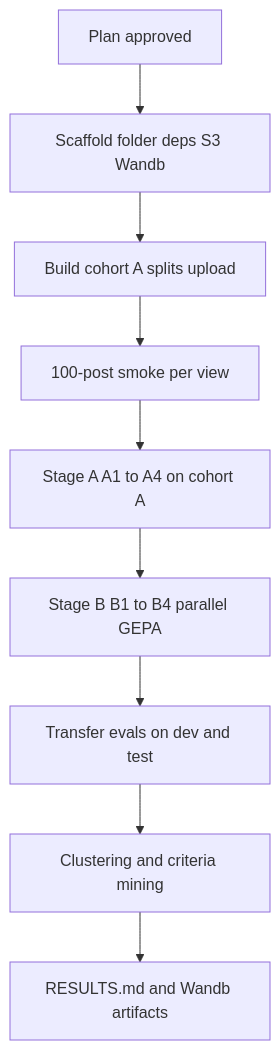
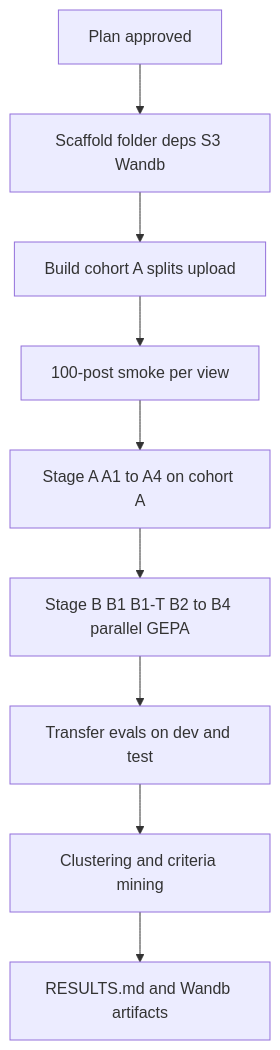
One commit to METResearchGroup/mirrorView-task changed the diagram in docs/plans/2026-09-24_predict_keep_remove_jev_gepa_8dc681/plan.md. Above: the diagram before and after it, drawn with Mermaid. The commit also changed other lines of this file and 10 other files, not shown here.

````diff
--- a/docs/plans/2026-09-24_predict_keep_remove_jev_gepa_8dc681/plan.md
+++ b/docs/plans/2026-09-24_predict_keep_remove_jev_gepa_8dc681/plan.md
@@ -60,20 +61,20 @@
 ```mermaid
 flowchart TD
   approve[Plan approved]
   scaffold[Scaffold folder deps S3 Wandb]
   labels[Build cohort A splits upload]
   smoke[100-post smoke per view]
   stageA[Stage A A1 to A4 on cohort A]
-  stageB[Stage B B1 to B4 parallel GEPA]
+  stageB[Stage B B1 B1-T B2 to B4 parallel GEPA]
   transfer[Transfer evals on dev and test]
   analysis[Clustering and criteria mining]
   results[RESULTS.md and Wandb artifacts]
   approve --> scaffold
   scaffold --> labels
   labels --> smoke
   smoke --> stageA
   stageA --> stageB
   stageB --> transfer
   transfer --> analysis
   analysis --> results
 ```
````
